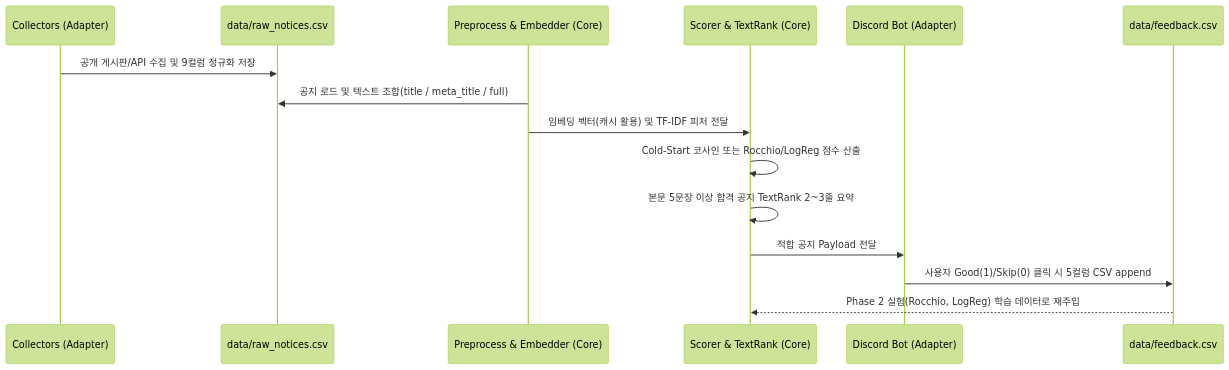
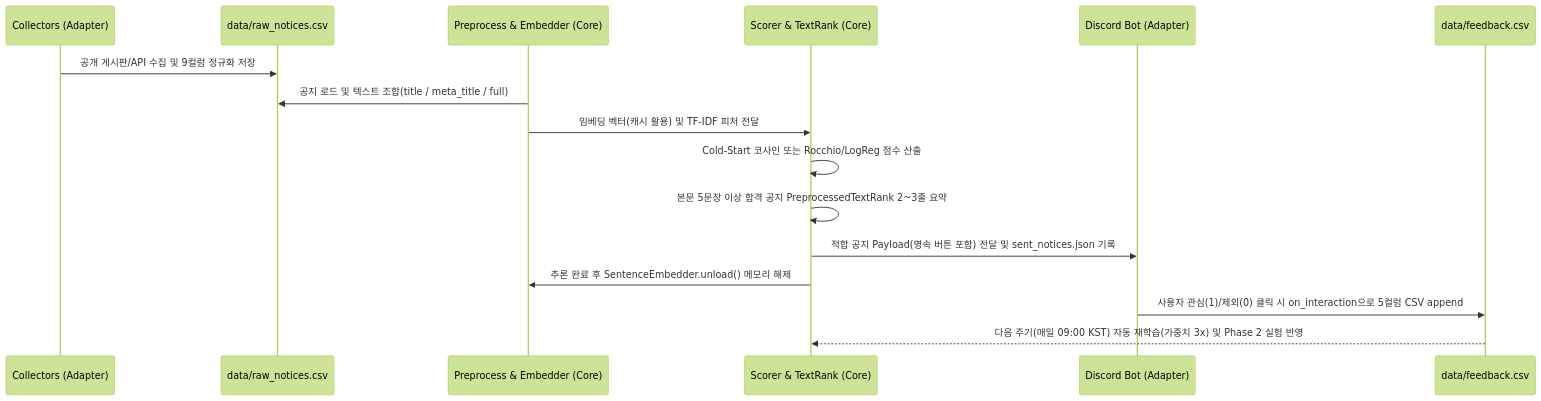
The second of 2 diagrams in docs/02_Architecture_and_Contract.md (tim0700/notice-filter-nlp), drawn with Mermaid (forest theme) before and after one commit. The commit also changed other lines of this file and 4 other files, not shown here.

Commit message:
docs(se): sync SRS/Architecture/ADR and Oracle 24/7 deployment

````diff
--- a/docs/02_Architecture_and_Contract.md
+++ b/docs/02_Architecture_and_Contract.md
@@ -39,18 +46,19 @@
 ```mermaid
 sequenceDiagram
     participant C as Collectors (Adapter)
     participant D as data/raw_notices.csv
     participant P as Preprocess & Embedder (Core)
     participant S as Scorer & TextRank (Core)
     participant B as Discord Bot (Adapter)
     participant F as data/feedback.csv
 
     C->>D: 공개 게시판/API 수집 및 9컬럼 정규화 저장
     P->>D: 공지 로드 및 텍스트 조합(title / meta_title / full)
     P->>S: 임베딩 벡터(캐시 활용) 및 TF-IDF 피처 전달
     S->>S: Cold-Start 코사인 또는 Rocchio/LogReg 점수 산출
-    S->>S: 본문 5문장 이상 합격 공지 TextRank 2~3줄 요약
-    S->>B: 적합 공지 Payload 전달
-    B->>F: 사용자 Good(1)/Skip(0) 클릭 시 5컬럼 CSV append
-    F-->>S: Phase 2 실험(Rocchio, LogReg) 학습 데이터로 재주입
+    S->>S: 본문 5문장 이상 합격 공지 PreprocessedTextRank 2~3줄 요약
+    S->>B: 적합 공지 Payload(영속 버튼 포함) 전달 및 sent_notices.json 기록
+    S->>P: 추론 완료 후 SentenceEmbedder.unload() 메모리 해제
+    B->>F: 사용자 관심(1)/제외(0) 클릭 시 on_interaction으로 5컬럼 CSV append
+    F-->>S: 다음 주기(매일 09:00 KST) 자동 재학습(가중치 3x) 및 Phase 2 실험 반영
 ```
````
